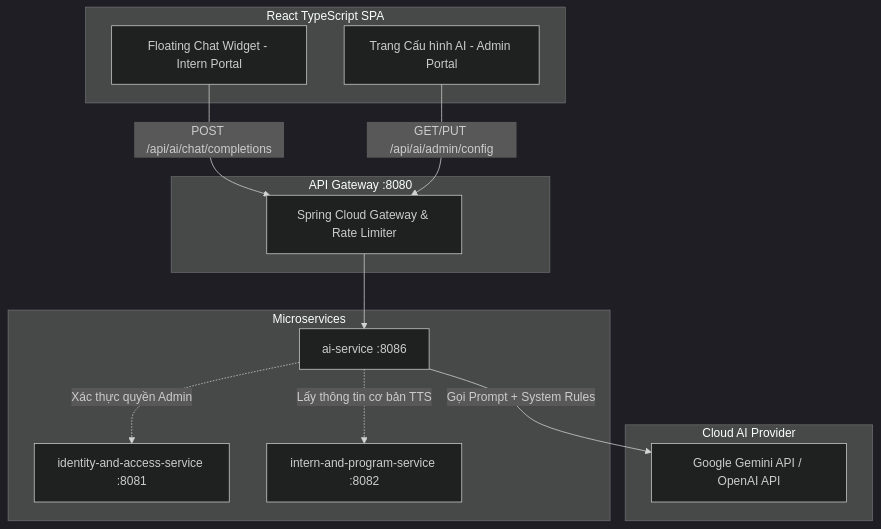
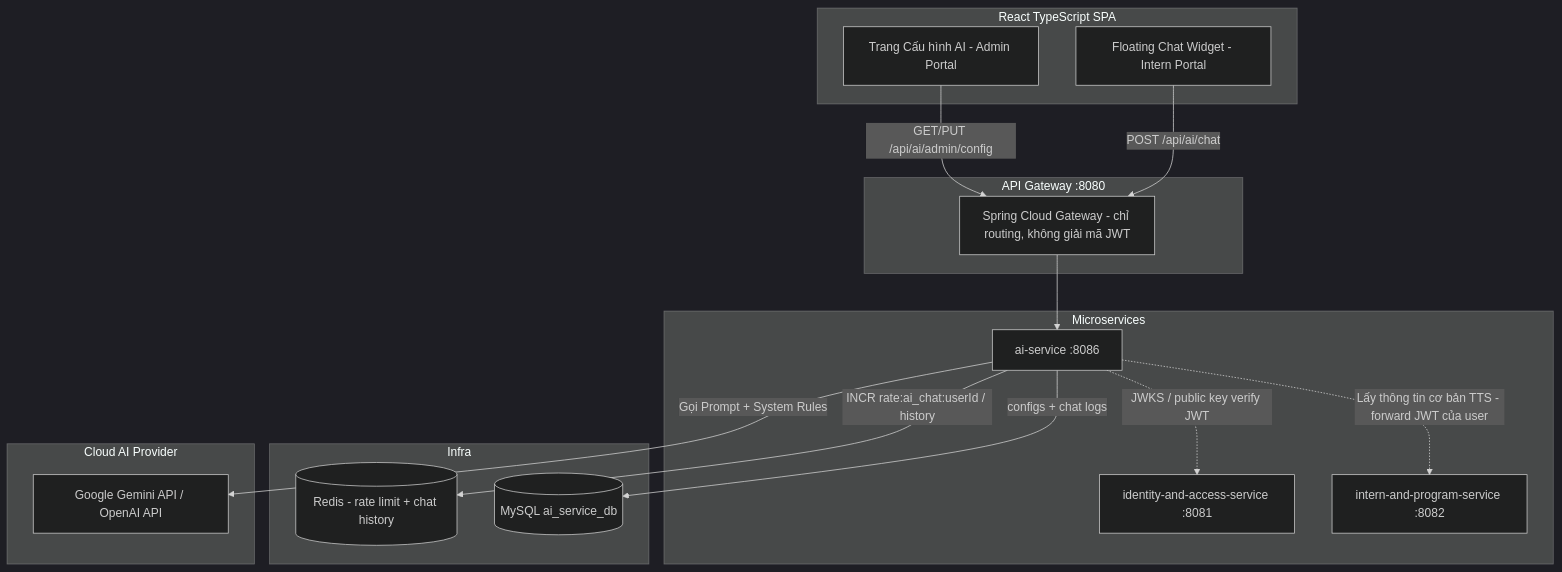
The diagram in docs/specs/C6-AI-SERVICE-AND-INTERN-CHATBOT-SPEC.md (khanhld3010/InternHub), drawn with Mermaid (dark theme) before and after one commit. The commit also changed other lines of this file and 35 other files, not shown here.

````diff
--- a/docs/specs/C6-AI-SERVICE-AND-INTERN-CHATBOT-SPEC.md
+++ b/docs/specs/C6-AI-SERVICE-AND-INTERN-CHATBOT-SPEC.md
@@ -43,28 +51,35 @@
 ```mermaid
 graph TD
     subgraph Frontend [React TypeScript SPA]
         TTS_UI[Floating Chat Widget - Intern Portal]
         ADMIN_UI[Trang Cấu hình AI - Admin Portal]
     end
 
     subgraph Gateway [API Gateway :8080]
-        GW[Spring Cloud Gateway & Rate Limiter]
+        GW[Spring Cloud Gateway - chỉ routing, không giải mã JWT]
     end
 
     subgraph Microservices
         AIS[ai-service :8086]
         IAM[identity-and-access-service :8081]
         IPS[intern-and-program-service :8082]
     end
 
+    subgraph Infra
+        REDIS[(Redis - rate limit + chat history)]
+        AIDB[(MySQL ai_service_db)]
+    end
+
     subgraph LLM_Provider [Cloud AI Provider]
         GEMINI[Google Gemini API / OpenAI API]
     end
 
-    TTS_UI -->|POST /api/ai/chat/completions| GW
+    TTS_UI -->|POST /api/ai/chat| GW
     ADMIN_UI -->|GET/PUT /api/ai/admin/config| GW
     GW --> AIS
-    AIS -.->|Lấy thông tin cơ bản TTS| IPS
-    AIS -.->|Xác thực quyền Admin| IAM
+    AIS -.->|Lấy thông tin cơ bản TTS - forward JWT của user| IPS
+    AIS -.->|JWKS / public key verify JWT| IAM
+    AIS -->|INCR rate:ai_chat:userId / history| REDIS
+    AIS -->|configs + chat logs| AIDB
     AIS -->|Gọi Prompt + System Rules| GEMINI
 ```
````
